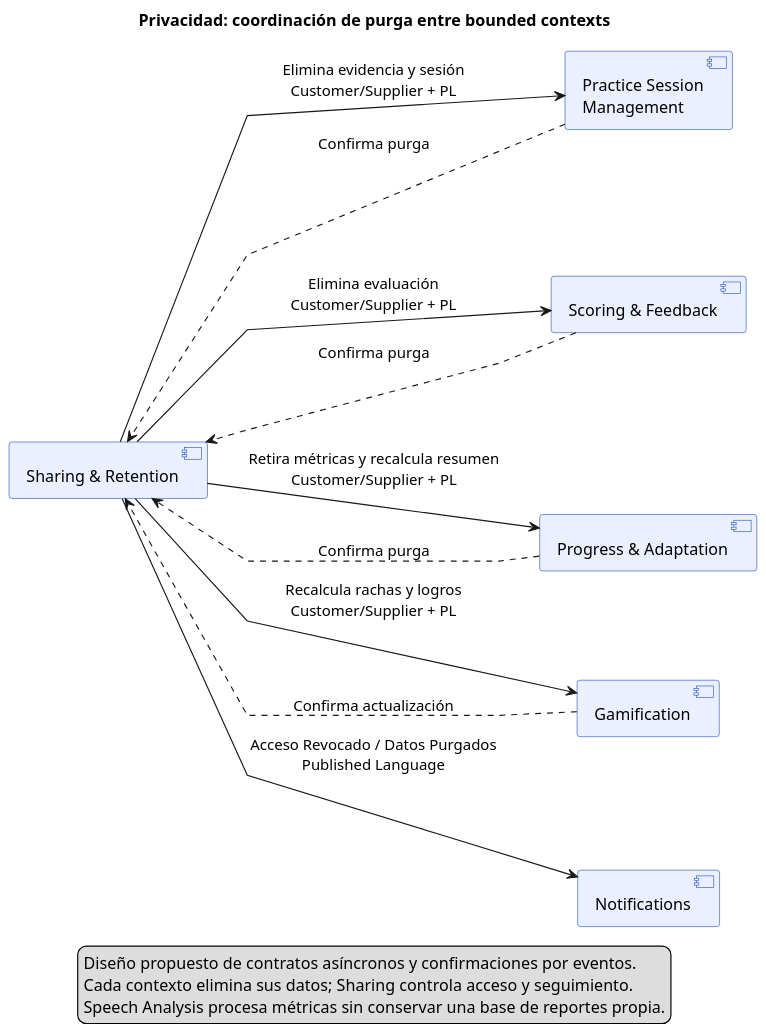
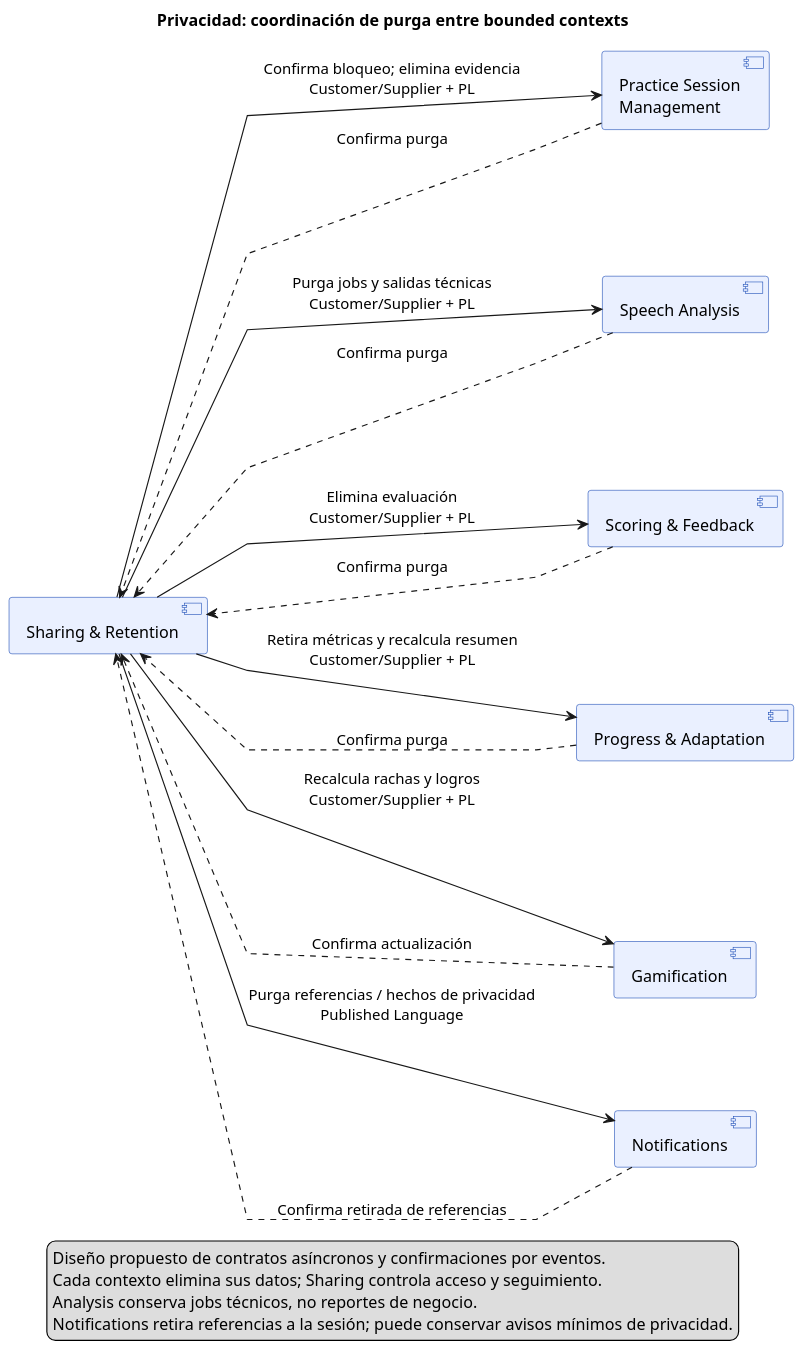
One commit to upc-pre-202620-si728-16365-thropic/talki-project-report changed the diagram in assets/diagrams/c4/privacy-context-map.puml. Above: the diagram before and after it, drawn with PlantUML. The commit also changed 15 other files, not shown here.

First line of the commit message:
docs(architecture): alinea contextos, cierre y privacidad con el diseño táctico

```diff
--- a/assets/diagrams/c4/privacy-context-map.puml
+++ b/assets/diagrams/c4/privacy-context-map.puml
@@ -1,32 +1,37 @@
 @startuml
 skinparam defaultFontName Arial
 skinparam dpi 130
 skinparam componentStyle uml2
 skinparam linetype polyline
 skinparam ranksep 70
 skinparam nodesep 60
 skinparam componentBackgroundColor #EAF0FF
 skinparam componentBorderColor #1749B5
 left to right direction
 title Privacidad: coordinación de purga entre bounded contexts
 component "Sharing & Retention" as sharing
 component "Practice Session\nManagement" as sessions
+component "Speech Analysis" as analysis
 component "Scoring & Feedback" as scoring
 component "Progress & Adaptation" as progress
 component "Gamification" as game
 component "Notifications" as notifications
-sharing --> sessions : Elimina evidencia y sesión\nCustomer/Supplier + PL
+sharing --> sessions : Confirma bloqueo; elimina evidencia\nCustomer/Supplier + PL
+sharing --> analysis : Purga jobs y salidas técnicas\nCustomer/Supplier + PL
 sharing --> scoring : Elimina evaluación\nCustomer/Supplier + PL
 sharing --> progress : Retira métricas y recalcula resumen\nCustomer/Supplier + PL
 sharing --> game : Recalcula rachas y logros\nCustomer/Supplier + PL
 sessions ..> sharing : Confirma purga
+analysis ..> sharing : Confirma purga
+notifications ..> sharing : Confirma retirada de referencias
 scoring ..> sharing : Confirma purga
 progress ..> sharing : Confirma purga
 game ..> sharing : Confirma actualización
-sharing --> notifications : Acceso Revocado / Datos Purgados\nPublished Language
+sharing --> notifications : Purga referencias / hechos de privacidad\nPublished Language
 legend bottom
 Diseño propuesto de contratos asíncronos y confirmaciones por eventos.
 Cada contexto elimina sus datos; Sharing controla acceso y seguimiento.
-Speech Analysis procesa métricas sin conservar una base de reportes propia.
+Analysis conserva jobs técnicos, no reportes de negocio.
+Notifications retira referencias a la sesión; puede conservar avisos mínimos de privacidad.
 endlegend
 @enduml
```
